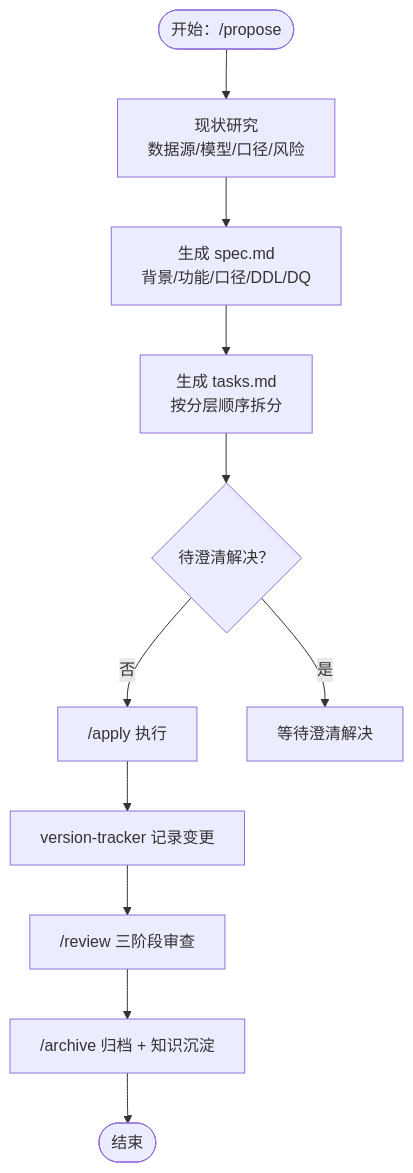
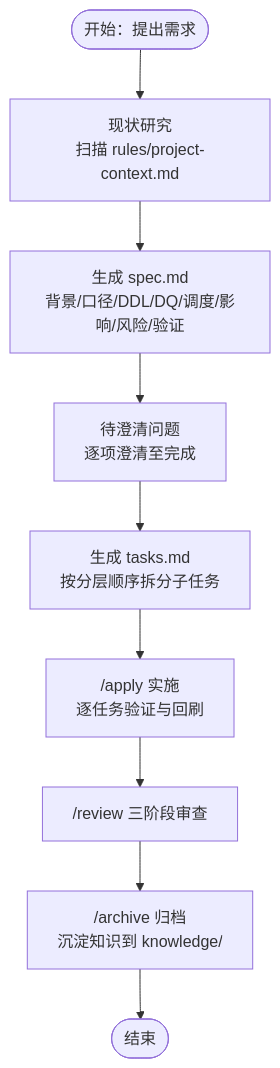
One commit to 13679659643/Data_Warehouse_Engineering changed the third of 8 diagrams in .qoder/repowiki/zh/content/变更管理系统/变更管理系统.md. Above: the diagram before and after it, drawn with Mermaid. The commit also changed other lines of this file and 88 other files, not shown here.

````diff
--- a/.qoder/repowiki/zh/content/变更管理系统/变更管理系统.md
+++ b/.qoder/repowiki/zh/content/变更管理系统/变更管理系统.md
@@ -169,13 +161,11 @@
 ```mermaid
 flowchart TD
-Start(["开始：/propose"]) --> Research["现状研究<br/>数据源/模型/口径/风险"]
-Research --> DraftSpec["生成 spec.md<br/>背景/功能/口径/DDL/DQ"]
-DraftSpec --> DraftTasks["生成 tasks.md<br/>按分层顺序拆分"]
-DraftTasks --> HardGate{"待澄清解决？"}
-HardGate --> |否| Apply["/apply 执行"]
-HardGate --> |是| Wait["等待澄清解决"]
-Apply --> Track["version-tracker 记录变更"]
-Track --> Review["/review 三阶段审查"]
-Review --> Archive["/archive 归档 + 知识沉淀"]
+Start(["开始：提出需求"]) --> Research["现状研究<br/>扫描 rules/project-context.md"]
+Research --> DraftSpec["生成 spec.md<br/>背景/口径/DDL/DQ/调度/影响/风险/验证"]
+DraftSpec --> Clarify["待澄清问题<br/>逐项澄清至完成"]
+Clarify --> TasksGen["生成 tasks.md<br/>按分层顺序拆分子任务"]
+TasksGen --> Apply["/apply 实施<br/>逐任务验证与回刷"]
+Apply --> Review["/review 三阶段审查"]
+Review --> Archive["/archive 归档<br/>沉淀知识到 knowledge/"]
 Archive --> End(["结束"])
 ```
````
